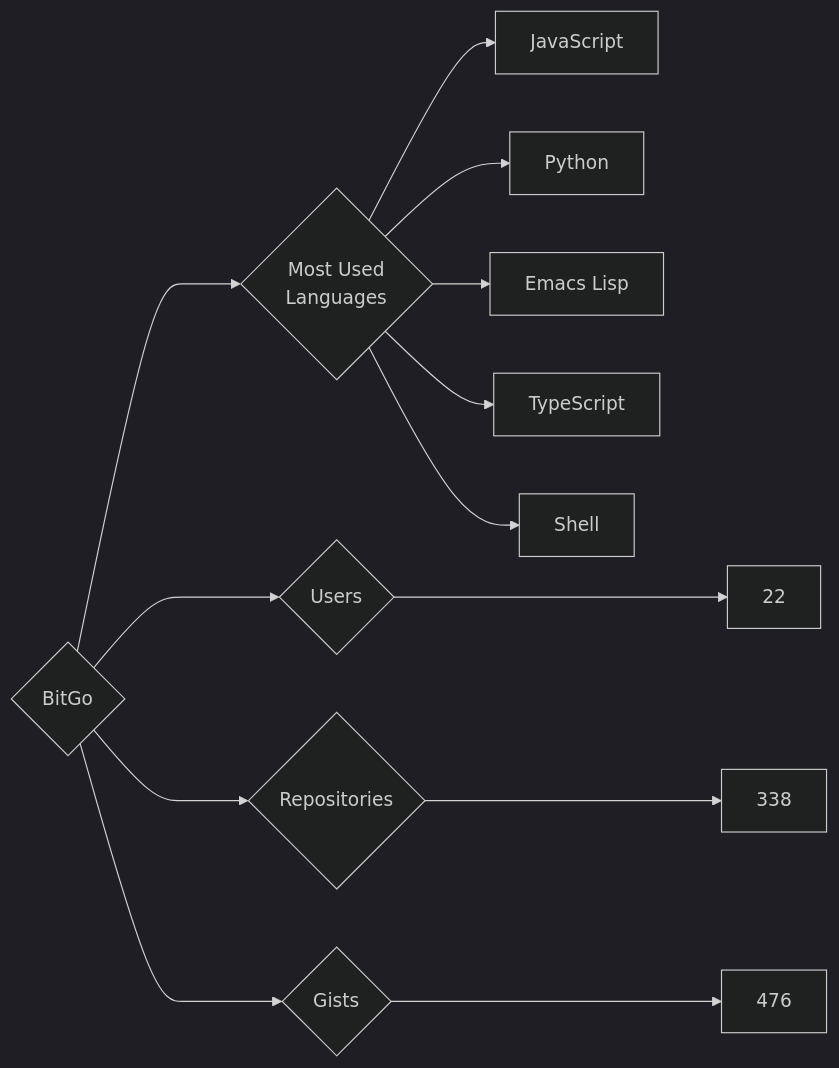
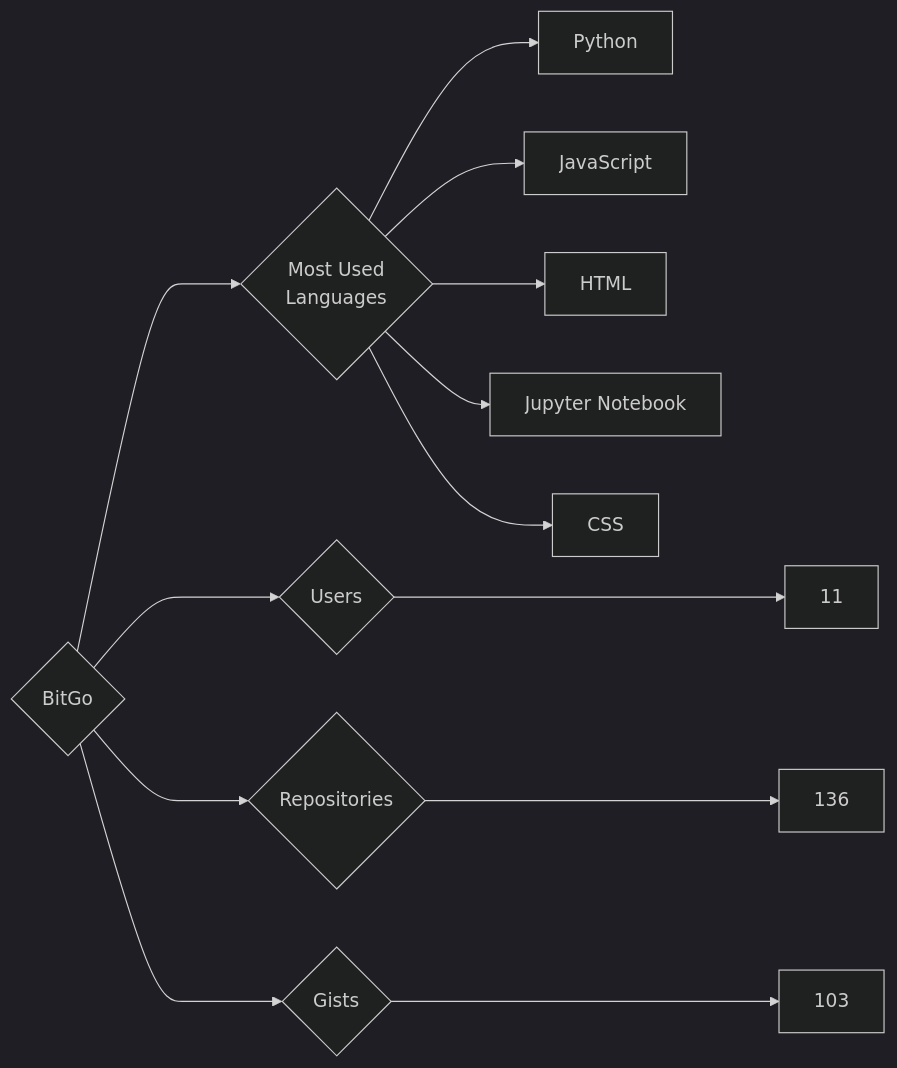
The diagram in targets/BitGo/README.md (trickest/insiders), drawn with Mermaid (dark theme) before and after one commit. The commit also changed 676 other files, not shown here.

````diff
--- a/targets/BitGo/README.md
+++ b/targets/BitGo/README.md
@@ -3,13 +3,13 @@
 ```mermaid
 graph LR
 COMPANY_NAME{BitGo}
-COMPANY_NAME ---> U{Users} ---> UN[22]
-COMPANY_NAME ---> R{Repositories} ---> RN[338]
-COMPANY_NAME ---> G{Gists} ---> GN[476]
+COMPANY_NAME ---> U{Users} ---> UN[11]
+COMPANY_NAME ---> R{Repositories} ---> RN[136]
+COMPANY_NAME ---> G{Gists} ---> GN[103]
 COMPANY_NAME ---> ML{Most Used<br>Languages}
+ML --> Python[Python]
 ML --> JavaScript[JavaScript]
-ML --> Python[Python]
-ML --> Emacs_Lisp[Emacs Lisp]
-ML --> TypeScript[TypeScript]
-ML --> Shell[Shell]
+ML --> HTML[HTML]
+ML --> Jupyter_Notebook[Jupyter Notebook]
+ML --> CSS[CSS]
 ```
````
